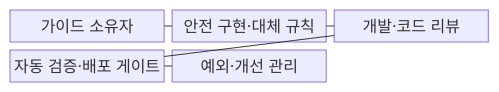
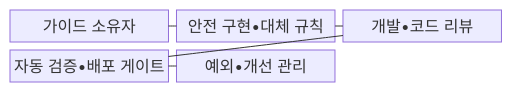
The first of 2 diagrams in src/content/docs/notes/05-security/051_secure_coding.md (agnusdei1207/knowledge-base), drawn with Mermaid before and after one commit. The commit also changed other lines of this file and 953 other files, not shown here.

````diff
--- a/src/content/docs/notes/05-security/051_secure_coding.md
+++ b/src/content/docs/notes/05-security/051_secure_coding.md
@@ -63,13 +63,13 @@
 ```mermaid
 block-beta
   columns 3
   A["가이드 소유자"]
-  B["안전 구현·대체 규칙"]
-  C["개발·코드 리뷰"]
-  D["자동 검증·배포 게이트"]
-  E["예외·개선 관리"]
+  B["안전 구현•대체 규칙"]
+  C["개발•코드 리뷰"]
+  D["자동 검증•배포 게이트"]
+  E["예외•개선 관리"]
     A --- B
     B --- C
     C --- D
     D --- E
 ```
````
